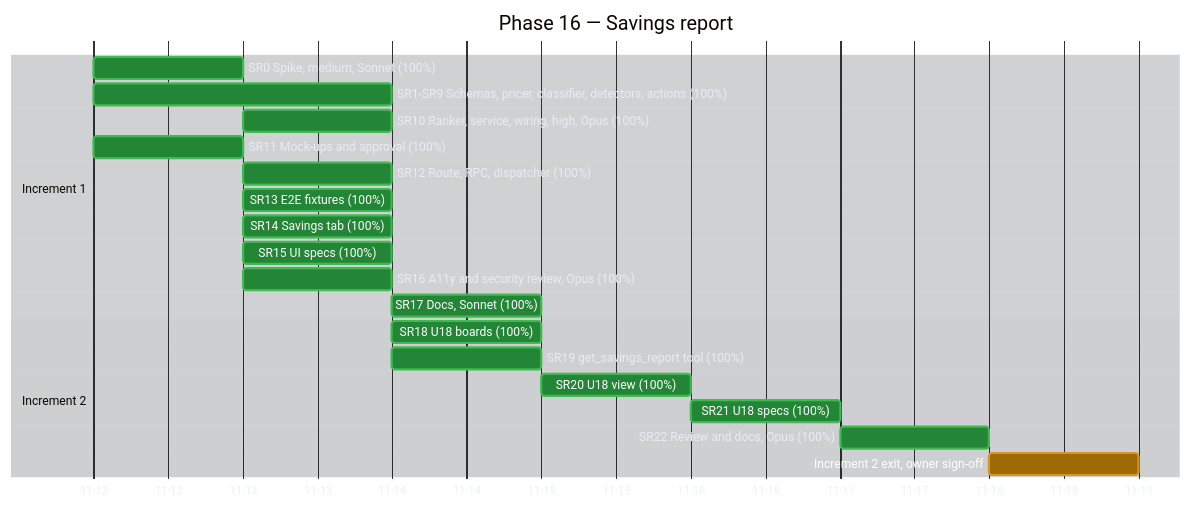
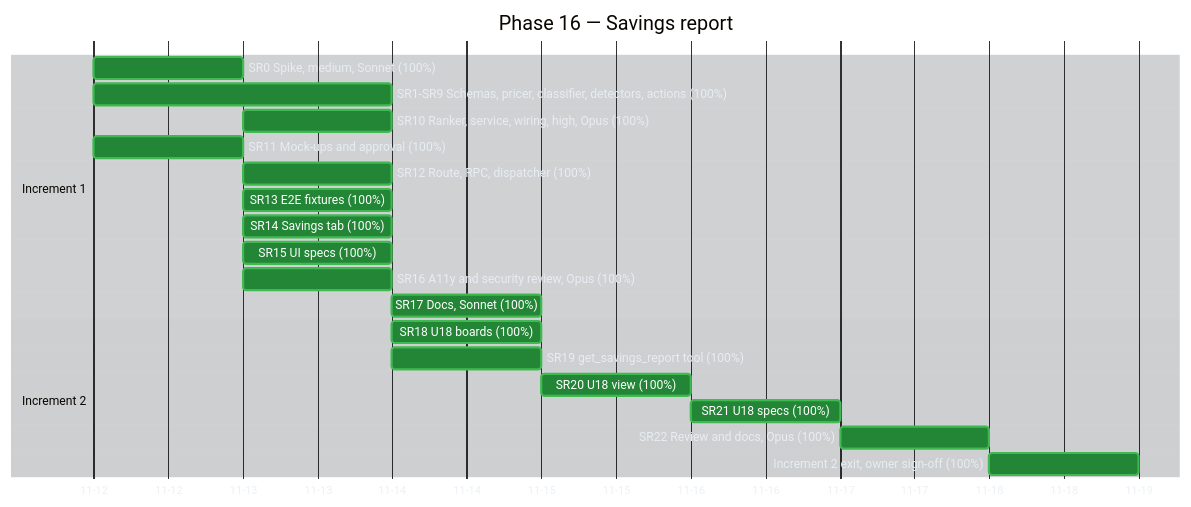
Before and after one commit to raulkivi/agent-cost-analyzer: the third of 5 diagrams in docs/implementation-plan-gantt.md, drawn with Mermaid. The commit also changed other lines of this file and 2 other files, not shown here.

Commit message:
docs: owner signed off Savings Increment 2's exit check (C5 met)

````diff
--- a/docs/implementation-plan-gantt.md
+++ b/docs/implementation-plan-gantt.md
@@ -216,54 +216,54 @@
 ```mermaid
 %%{init: {
   "theme": "base",
   "themeVariables": {
     "darkMode": true,
     "background": "#0d1117",
     "textColor": "#e6edf3",
     "primaryTextColor": "#e6edf3",
     "lineColor": "#8b949e",
     "sectionBkgColor": "#161b22",
     "sectionBkgColor2": "#1c2129",
     "altSectionBkgColor": "#0d1117",
     "gridColor": "#30363d",
     "excludeBkgColor": "#161b22",
     "todayLineColor": "#f85149",
     "taskBkgColor": "#1f6feb",
     "taskBorderColor": "#58a6ff",
     "taskTextColor": "#ffffff",
     "taskTextLightColor": "#ffffff",
     "taskTextDarkColor": "#ffffff",
     "taskTextOutsideColor": "#e6edf3",
     "doneTaskBkgColor": "#238636",
     "doneTaskBorderColor": "#3fb950",
     "activeTaskBkgColor": "#9e6a03",
     "activeTaskBorderColor": "#d29922",
     "critBkgColor": "#da3633",
     "critBorderColor": "#f85149"
   }
 }}%%
 gantt
     title Phase 16 — Savings report
     dateFormat YYYY-MM-DD
     axisFormat %m-%d
 
     section Increment 1
     SR0 Spike, medium, Sonnet (100%)                 :done, sr0, 2026-11-12, 1d
     SR1-SR9 Schemas, pricer, classifier, detectors, actions (100%) :done, sr1, 2026-11-12, 2d
     SR10 Ranker, service, wiring, high, Opus (100%)  :done, sr10, 2026-11-13, 1d
     SR11 Mock-ups and approval (100%)                :done, sr11, 2026-11-12, 1d
     SR12 Route, RPC, dispatcher (100%)               :done, sr12, 2026-11-13, 1d
     SR13 E2E fixtures (100%)                         :done, sr13, 2026-11-13, 1d
     SR14 Savings tab (100%)                          :done, sr14, 2026-11-13, 1d
     SR15 UI specs (100%)                             :done, sr15, 2026-11-13, 1d
     SR16 A11y and security review, Opus (100%)       :done, sr16, 2026-11-13, 1d
     SR17 Docs, Sonnet (100%)                         :done, sr17, after sr16, 1d
 
     section Increment 2
     SR18 U18 boards (100%)                           :done, sr18, 2026-11-14, 1d
     SR19 get_savings_report tool (100%)              :done, sr19, 2026-11-14, 1d
     SR20 U18 view (100%)                             :done, sr20, after sr19, 1d
     SR21 U18 specs (100%)                            :done, sr21, after sr20, 1d
     SR22 Review and docs, Opus (100%)                :done, sr22, after sr21, 1d
-    Increment 2 exit, owner sign-off                 :active, sr2x, after sr22, 1d
+    Increment 2 exit, owner sign-off (100%)          :done, sr2x, after sr22, 1d
 ```
````
